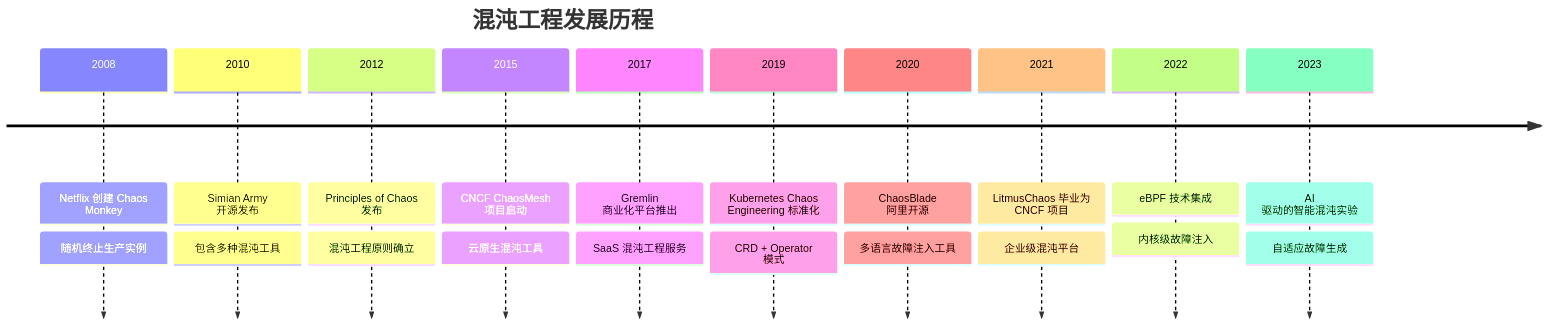
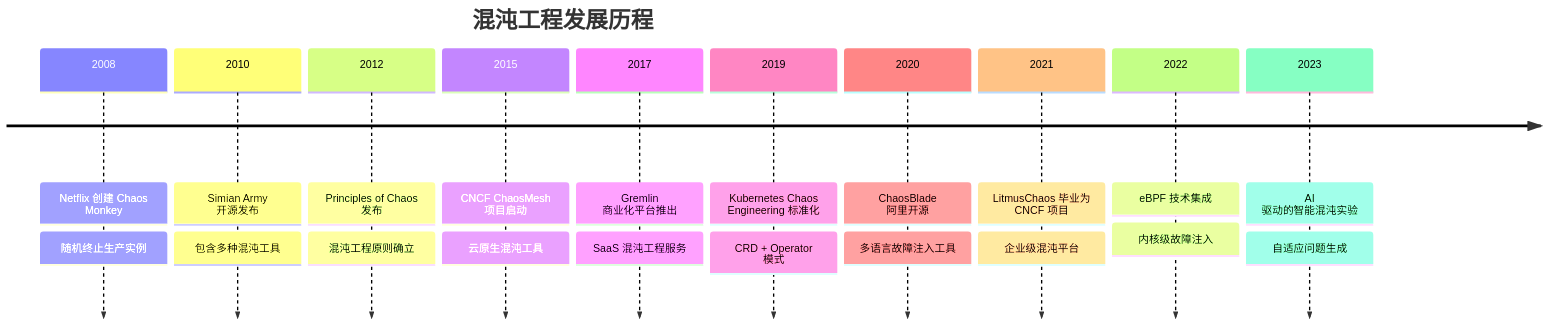
The first of 2 diagrams in domain-01-cluster-fundamentals/02-design-principles/15-chaos-engineering.md (kudig-io/kudig-database), drawn with Mermaid before and after one commit. The commit also changed other lines of this file and 1236 other files, not shown here.

````diff
--- a/domain-01-cluster-fundamentals/02-design-principles/15-chaos-engineering.md
+++ b/domain-01-cluster-fundamentals/02-design-principles/15-chaos-engineering.md
@@ -82,24 +82,24 @@
 ```mermaid
 timeline
     title 混沌工程发展历程
     2008 : Netflix 创建 Chaos Monkey
          : 随机终止生产实例
     2010 : Simian Army 开源发布
          : 包含多种混沌工具
     2012 : Principles of Chaos 发布
          : 混沌工程原则确立
     2015 : CNCF ChaosMesh 项目启动
          : 云原生混沌工具
     2017 : Gremlin 商业化平台推出
          : SaaS 混沌工程服务
     2019 : Kubernetes Chaos Engineering 标准化
          : CRD + Operator 模式
     2020 : ChaosBlade 阿里开源
          : 多语言故障注入工具
     2021 : LitmusChaos 毕业为 CNCF 项目
          : 企业级混沌平台
     2022 : eBPF 技术集成
          : 内核级故障注入
     2023 : AI 驱动的智能混沌实验
-         : 自适应故障生成
+         : 自适应问题生成
 ```
````
